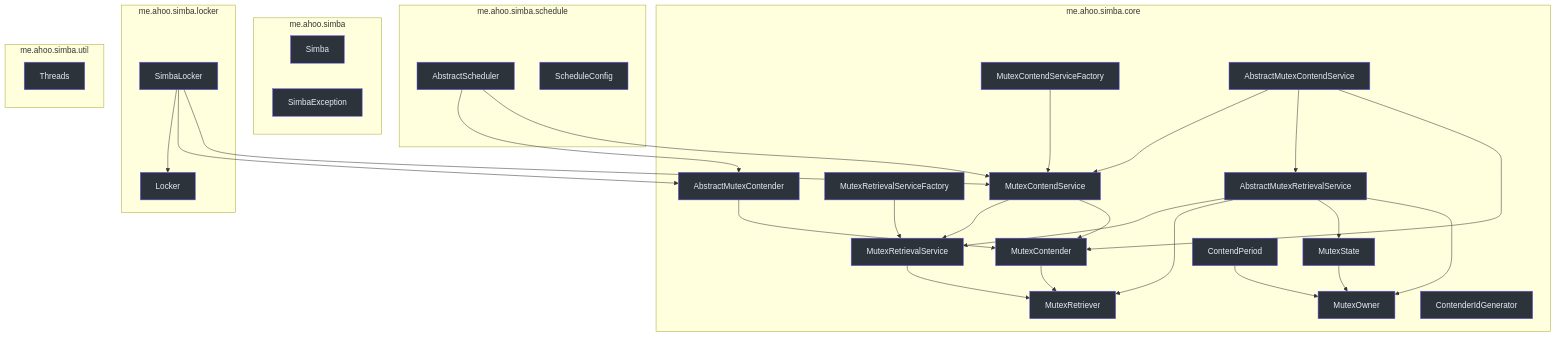
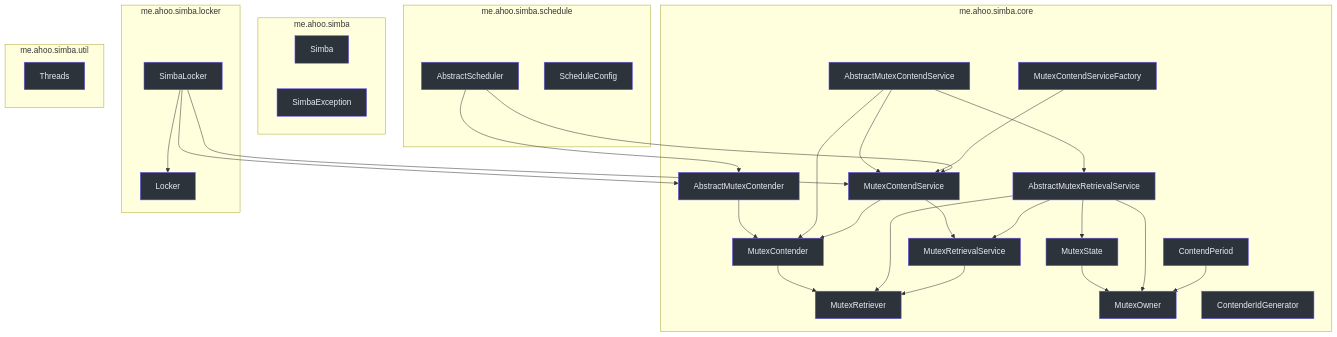
Before and after one commit to Ahoo-Wang/Simba: the first of 3 diagrams in wiki/zh/modules/simba-core.md, drawn with Mermaid. The commit also changed other lines of this file and 35 other files, not shown here.

````diff
--- a/wiki/zh/modules/simba-core.md
+++ b/wiki/zh/modules/simba-core.md
@@ -41,81 +40,78 @@
 ```mermaid
 graph TB
     subgraph sg_90 ["me.ahoo.simba"]
 
         SB["Simba"]
         SE["SimbaException"]
     end
     subgraph sg_91 ["me.ahoo.simba.core"]
 
         MR["MutexRetriever"]
         MC["MutexContender"]
         MRS["MutexRetrievalService"]
         MCS["MutexContendService"]
-        MRF["MutexRetrievalServiceFactory"]
         MCF["MutexContendServiceFactory"]
         AMRS["AbstractMutexRetrievalService"]
         AMCS["AbstractMutexContendService"]
         AMC["AbstractMutexContender"]
         MO["MutexOwner"]
         MS["MutexState"]
         CP["ContendPeriod"]
         CIG["ContenderIdGenerator"]
     end
     subgraph sg_92 ["me.ahoo.simba.locker"]
 
         LK["Locker"]
         SL["SimbaLocker"]
     end
     subgraph sg_93 ["me.ahoo.simba.schedule"]
 
         AS["AbstractScheduler"]
         SC["ScheduleConfig"]
     end
     subgraph sg_94 ["me.ahoo.simba.util"]
 
         TH["Threads"]
     end
 
     MC --> MR
     MCS --> MRS
     AMC --> MC
     AMRS --> MRS
     AMCS --> MCS
     AMCS --> AMRS
     AMRS --> MR
     AMCS --> MC
     MRS --> MR
     MCS --> MC
-    MRF --> MRS
     MCF --> MCS
     MS --> MO
     AMRS --> MS
     AMRS --> MO
     CP --> MO
     SL --> LK
     SL --> AMC
     SL --> MCS
     AS --> AMC
     AS --> MCS
 
     style SB fill:#2d333b,stroke:#6d5dfc,color:#e6edf3
     style SE fill:#2d333b,stroke:#6d5dfc,color:#e6edf3
     style MR fill:#2d333b,stroke:#6d5dfc,color:#e6edf3
     style MC fill:#2d333b,stroke:#6d5dfc,color:#e6edf3
     style MRS fill:#2d333b,stroke:#6d5dfc,color:#e6edf3
     style MCS fill:#2d333b,stroke:#6d5dfc,color:#e6edf3
-    style MRF fill:#2d333b,stroke:#6d5dfc,color:#e6edf3
     style MCF fill:#2d333b,stroke:#6d5dfc,color:#e6edf3
     style AMRS fill:#2d333b,stroke:#6d5dfc,color:#e6edf3
     style AMCS fill:#2d333b,stroke:#6d5dfc,color:#e6edf3
     style AMC fill:#2d333b,stroke:#6d5dfc,color:#e6edf3
     style MO fill:#2d333b,stroke:#6d5dfc,color:#e6edf3
     style MS fill:#2d333b,stroke:#6d5dfc,color:#e6edf3
     style CP fill:#2d333b,stroke:#6d5dfc,color:#e6edf3
     style CIG fill:#2d333b,stroke:#6d5dfc,color:#e6edf3
     style LK fill:#2d333b,stroke:#6d5dfc,color:#e6edf3
     style SL fill:#2d333b,stroke:#6d5dfc,color:#e6edf3
     style AS fill:#2d333b,stroke:#6d5dfc,color:#e6edf3
     style SC fill:#2d333b,stroke:#6d5dfc,color:#e6edf3
     style TH fill:#2d333b,stroke:#6d5dfc,color:#e6edf3
 ```
````
